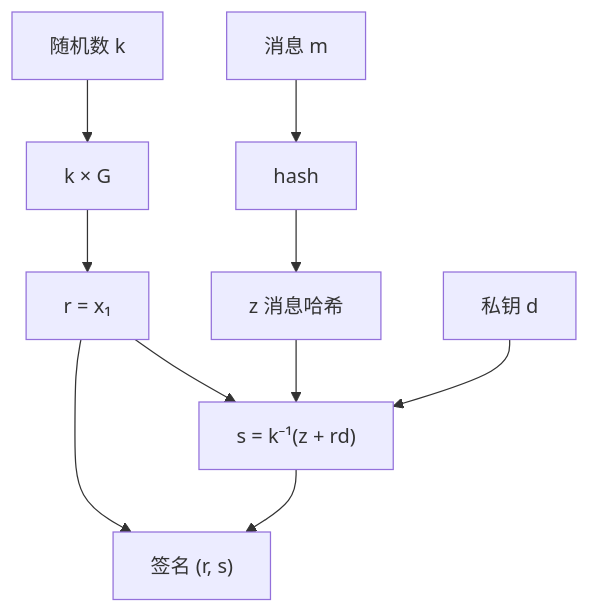
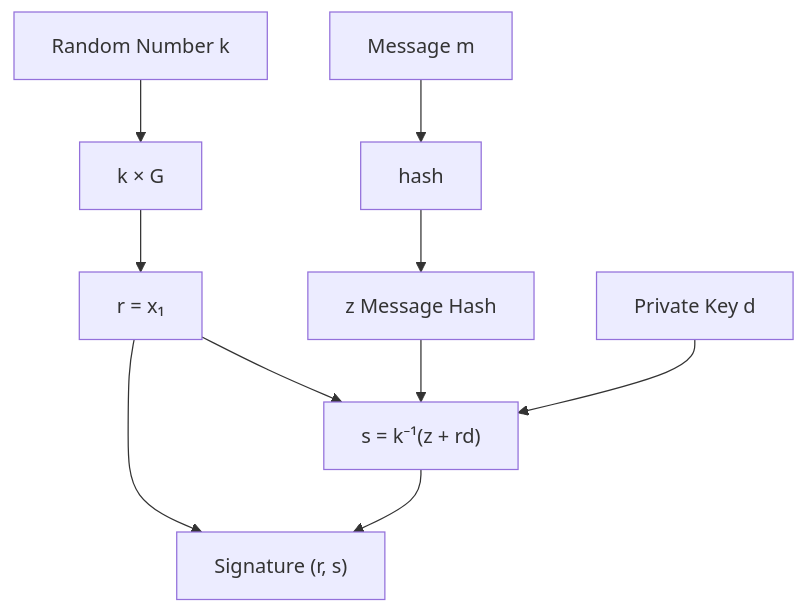
Before and after one commit to stars-labs/cryptograph-onboarding-trainning: the first of 2 diagrams in docs/cryptography/ecdsa.md, drawn with Mermaid. The commit also changed other lines of this file and 15 other files, not shown here.

````diff
--- a/docs/cryptography/ecdsa.md
+++ b/docs/cryptography/ecdsa.md
@@ -82,12 +82,12 @@
 ```mermaid
 flowchart TD
-    M[消息 m] --> H[hash]
-    H --> Z[z 消息哈希]
-    K[随机数 k] --> KG["k × G"]
+    M[Message m] --> H[hash]
+    H --> Z[z Message Hash]
+    K[Random Number k] --> KG["k × G"]
     KG --> R["r = x₁"]
     Z --> S["s = k⁻¹(z + rd)"]
-    D[私钥 d] --> S
+    D[Private Key d] --> S
     R --> S
-    R --> SIG["签名 (r, s)"]
+    R --> SIG["Signature (r, s)"]
     S --> SIG
 ```
````
